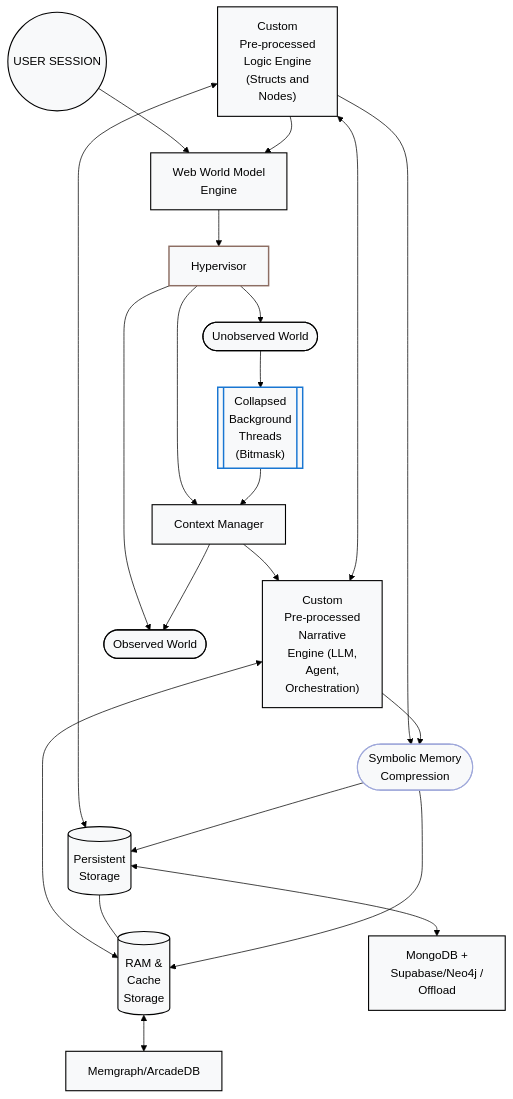
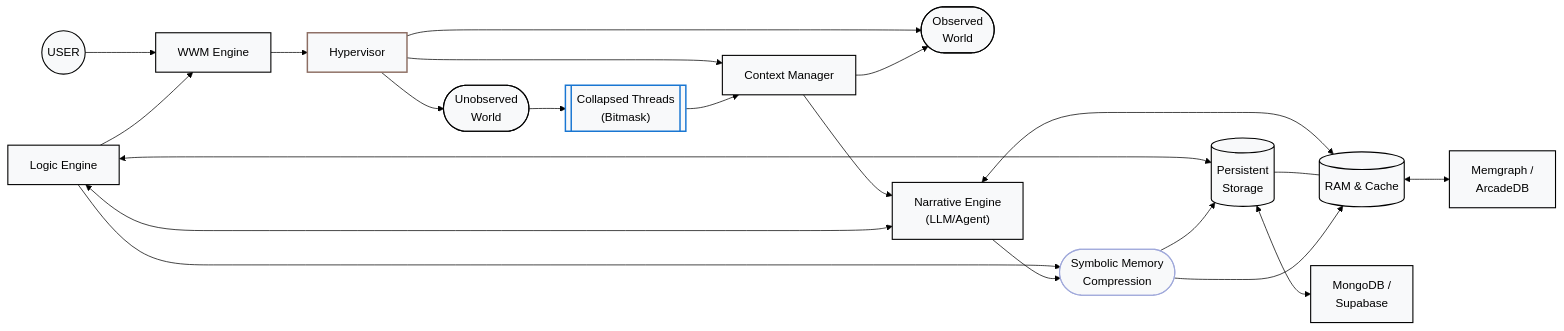
The second of 3 diagrams in ARCHITECTURE.md (ajlrza/Immersia), drawn with Mermaid (forest theme) before and after one commit. The commit also changed other lines of this file, not shown here.

Commit message:
Revise architecture diagrams in ARCHITECTURE.md
Updated mermaidJS diagrams for pre-processing and real-time architecture sections. Improved clarity and structure of the diagrams.

````diff
--- a/ARCHITECTURE.md
+++ b/ARCHITECTURE.md
@@ -50,68 +31,30 @@
 ```mermaid
-graph TD
-    %% Styling classes to match the image and force black text
-    classDef default fill:#f8f9fa,stroke:black,stroke-width:1.5px,color:black;
-    classDef database fill:#f8f9fa,stroke:black,stroke-width:1.5px,color:black;
-    classDef stateDoc fill:#f8f9fa,stroke:#1976d2,stroke-width:2px,color:black;
-    classDef cloudNode fill:#f8f9fa,stroke:#9fa8da,stroke-width:1.5px,color:black;
-    classDef hypervisor fill:#f8f9fa,stroke:#8d6e63,stroke-width:2px,color:black;
+graph LR
+classDef default fill:#f8f9fa,stroke:black,stroke-width:1.5px,color:black;
+classDef db fill:#f8f9fa,stroke:black,stroke-width:1.5px,color:black;
+classDef doc fill:#f8f9fa,stroke:#1976d2,stroke-width:2px,color:black;
+classDef cloud fill:#f8f9fa,stroke:#9fa8da,stroke-width:1.5px,color:black;
+classDef hyper fill:#f8f9fa,stroke:#8d6e63,stroke-width:2px,color:black;
 
-    %% Node Definitions
-    U((USER SESSION)):::default
-    W["Web World Model<br/>Engine"]:::default
-    H["Hypervisor"]:::hypervisor
-    
-    LE["Custom<br/>Pre-processed<br/>Logic Engine<br/>(Structs and<br/>Nodes)"]:::default
-    NE["Custom<br/>Pre-processed<br/>Narrative<br/>Engine (LLM,<br/>Agent,<br/>Orchestration)"]:::default
-    
-    PS[("Persistent<br/>Storage")]:::database
-    RC[("RAM &<br/>Cache<br/>Storage")]:::database
-    
-    MDB["MongoDB +<br/>Supabase/Neo4j /<br/>Offload"]:::default
-    MG["Memgraph/ArcadeDB"]:::default
-    
-    %% Using a stadium/pill shape to represent the cloud for maximum parser compatibility
-    SMC(["Symbolic Memory<br/>Compression"]):::cloudNode
-    
-    UW(["Unobserved World"]):::default
-    OW(["Observed World"]):::default
-    
-    C[["Collapsed<br/>Background<br/>Threads<br/>(Bitmask)"]]:::stateDoc
-    CM["Context Manager"]:::default
+U((USER)):::default --> W["WWM Engine"]:::default
+LE["Logic Engine"]:::default --> W
+W --> H["Hypervisor"]:::hyper
+H --> UW(["Unobserved<br/>World"]):::default
+H --> OW(["Observed<br/>World"]):::default
+H --> CM["Context Manager"]:::default
 
-    %% Edge Connections
-    U --> W
-    W --> H
-    
-    H --> UW
-    H --> OW
-    H --> CM
-    
-    UW --> C
-    C --> CM
-    CM --> OW
-    CM --> NE
-    
-    LE --> W
-    
-    %% Bidirectional mappings for logic/narrative and storage
-    LE <--> PS
-    LE <--> NE
-    NE <--> RC
-    
-    %% External database offloads
-    PS <--> MDB
-    RC <--> MG
-    
-    %% Persistent and Cache interconnect (straight line)
-    PS --- RC
-    
-    %% Symbolic Memory Compression mappings
-    LE --> SMC
-    NE --> SMC
-    SMC --> PS
-    SMC --> RC
+UW --> C[["Collapsed Threads<br/>(Bitmask)"]]:::doc --> CM
+CM --> OW
+CM --> NE["Narrative Engine<br/>(LLM/Agent)"]:::default
 
-    %% Force any implicit link text to black
-    linkStyle default color:black;
+LE <--> PS[("Persistent<br/>Storage")]:::db
+LE <--> NE
+NE <--> RC[("RAM & Cache")]:::db
+PS <--> MDB["MongoDB /<br/>Supabase"]:::default
+RC <--> MG["Memgraph /<br/>ArcadeDB"]:::default
+PS --- RC
+
+LE & NE --> SMC(["Symbolic Memory<br/>Compression"]):::cloud
+SMC --> PS & RC
+linkStyle default color:black;
 ```
````
